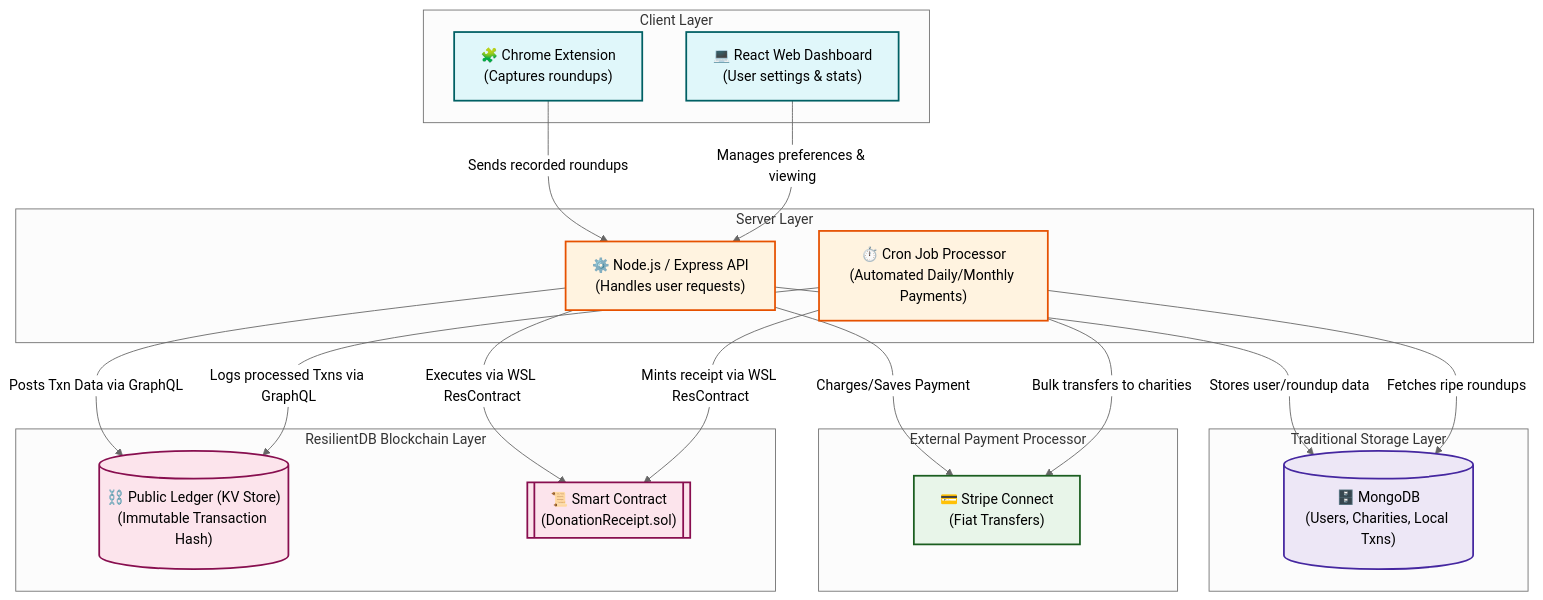
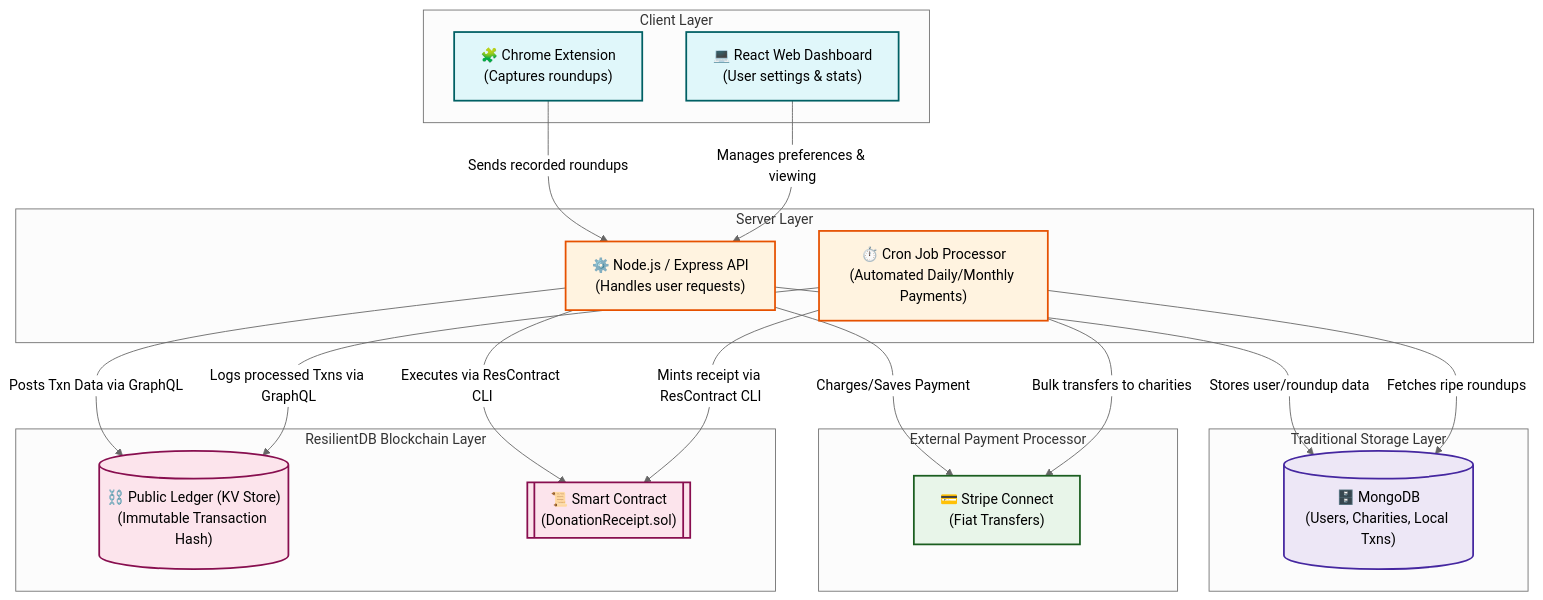
One commit to ResilientApp/Charitap changed the diagram in ARCHITECTURE.md. Above: the diagram before and after it, drawn with Mermaid (neutral theme). The commit also changed other lines of this file and 51 other files, not shown here.

````diff
--- a/ARCHITECTURE.md
+++ b/ARCHITECTURE.md
@@ -11,54 +11,54 @@
 ```mermaid
 flowchart TB
     subgraph Client ["Client Layer"]
         Ext["🧩 Chrome Extension\n(Captures roundups)"]
         Dash["💻 React Web Dashboard\n(User settings & stats)"]
     end
 
     subgraph Server ["Server Layer"]
         API["⚙️ Node.js / Express API\n(Handles user requests)"]
         Cron["⏱️ Cron Job Processor\n(Automated Daily/Monthly Payments)"]
     end
 
     subgraph Storage ["Traditional Storage Layer"]
         DB[("🗄️ MongoDB\n(Users, Charities, Local Txns)")]
     end
 
     subgraph Payment ["External Payment Processor"]
         Stripe["💳 Stripe Connect\n(Fiat Transfers)"]
     end
 
     subgraph Blockchain ["ResilientDB Blockchain Layer"]
         Ledger[("⛓️ Public Ledger (KV Store)\n(Immutable Transaction Hash)")]
         Contract[["📜 Smart Contract\n(DonationReceipt.sol)"]]
     end
 
     %% Interactions
     Ext -- "Sends recorded roundups" --> API
     Dash -- "Manages preferences & viewing" --> API
-    
+
     API -- "Stores user/roundup data" --> DB
     Cron -- "Fetches ripe roundups" --> DB
-    
+
     API -- "Charges/Saves Payment" --> Stripe
     Cron -- "Bulk transfers to charities" --> Stripe
-    
+
     API -- "Posts Txn Data via GraphQL" --> Ledger
     Cron -- "Logs processed Txns via GraphQL" --> Ledger
-    
-    API -- "Executes via WSL ResContract" --> Contract
-    Cron -- "Mints receipt via WSL ResContract" --> Contract
+
+    API -- "Executes via ResContract CLI" --> Contract
+    Cron -- "Mints receipt via ResContract CLI" --> Contract
 
     %% Styles
     classDef client fill:#e0f7fa,stroke:#006064,stroke-width:2px,color:#000;
     classDef server fill:#fff3e0,stroke:#e65100,stroke-width:2px,color:#000;
     classDef storage fill:#ede7f6,stroke:#4527a0,stroke-width:2px,color:#000;
     classDef payment fill:#e8f5e9,stroke:#1b5e20,stroke-width:2px,color:#000;
     classDef blockchain fill:#fce4ec,stroke:#880e4f,stroke-width:2px,color:#000;
 
     class Ext,Dash client;
     class API,Cron server;
     class DB storage;
     class Stripe payment;
     class Ledger,Contract blockchain;
 ```
````
